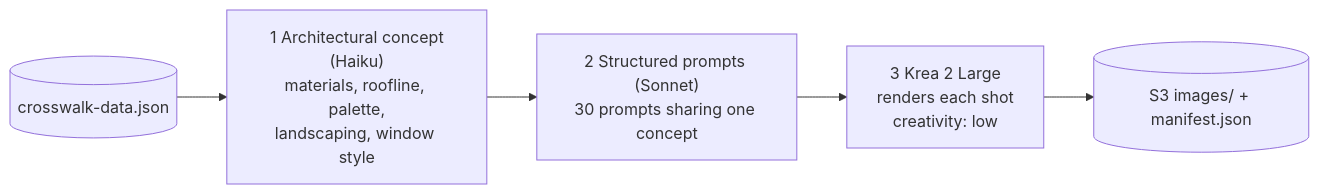
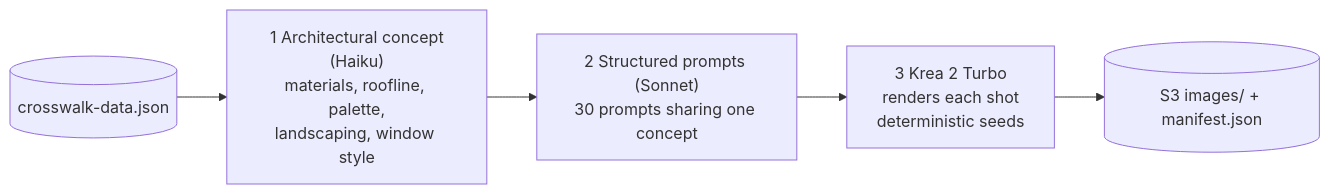
One commit to sjfischr/mf_data_generator changed the third of 3 diagrams in README.md. Above: the diagram before and after it, drawn with Mermaid. The commit also changed other lines of this file and 81 other files, not shown here.

````diff
--- a/README.md
+++ b/README.md
@@ -101,7 +102,7 @@
 ```mermaid
 flowchart LR
     CW[("crosswalk-data.json")] --> C["1 Architectural concept<br/>(Haiku)<br/>materials, roofline, palette,<br/>landscaping, window style"]
     C --> P["2 Structured prompts (Sonnet)<br/>30 prompts sharing one concept"]
-    P --> K["3 Krea 2 Large<br/>renders each shot<br/>creativity: low"]
+    P --> K["3 Krea 2 Turbo<br/>renders each shot<br/>deterministic seeds"]
     K --> S3[("S3 images/ + manifest.json")]
 ```
````
